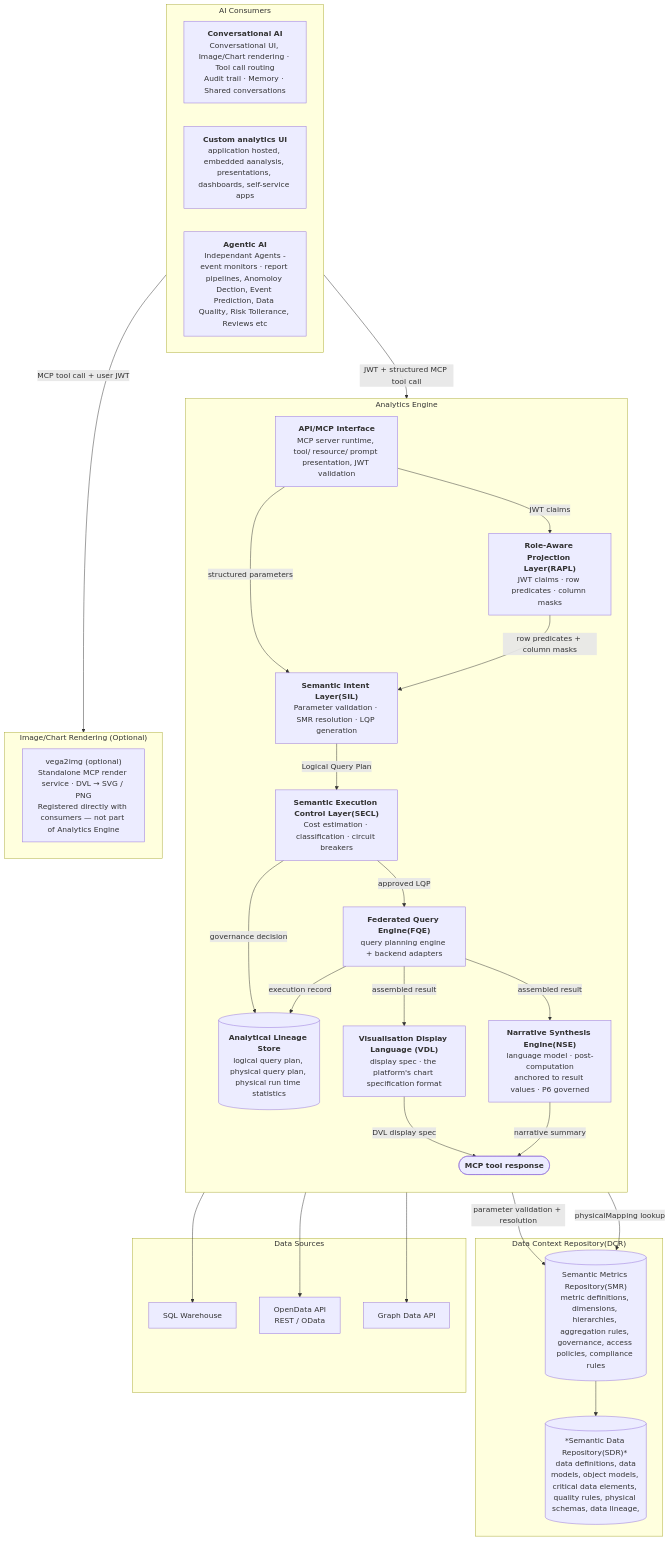
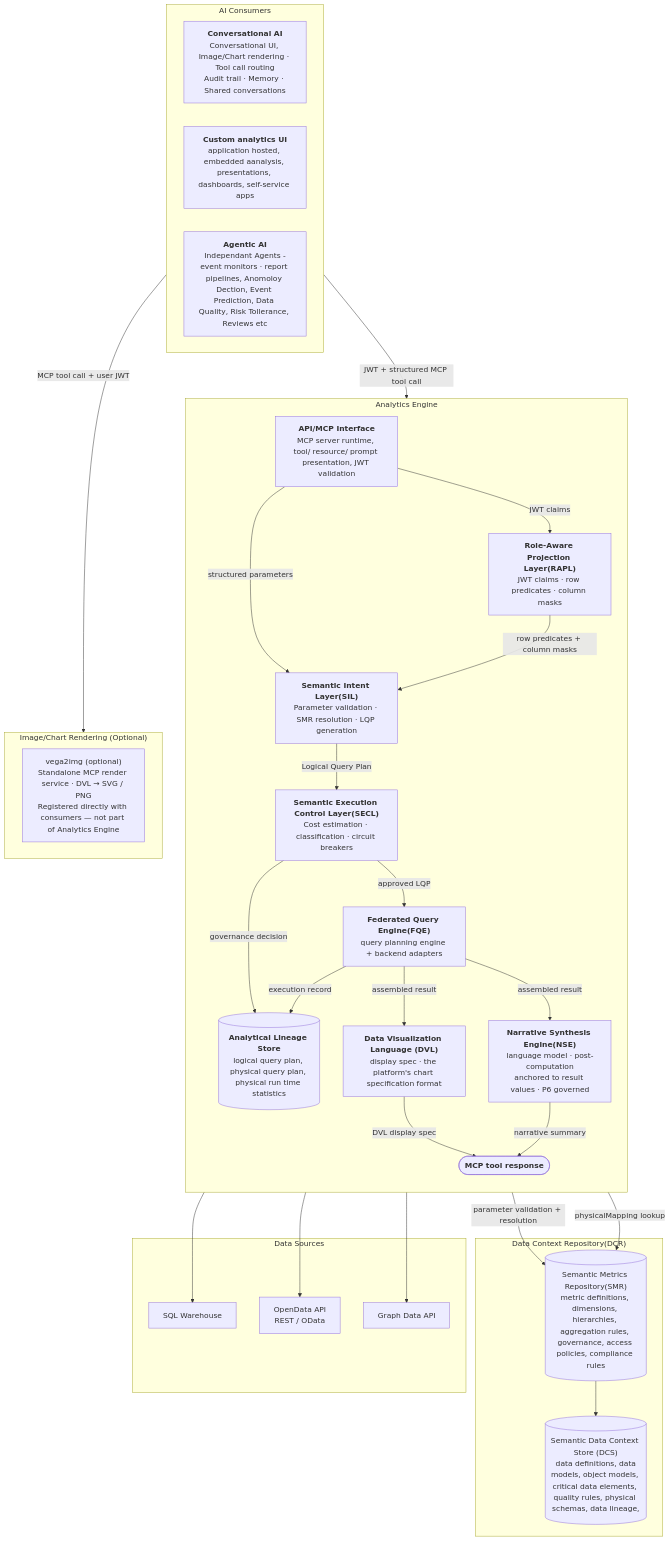
The first of 6 diagrams in docs/product/analytics/02-core-capabilities.md (M-A-Operating-System/shared-work), drawn with Mermaid before and after one commit. The commit also changed other lines of this file and 6 other files, not shown here.

````diff
--- a/docs/product/analytics/02-core-capabilities.md
+++ b/docs/product/analytics/02-core-capabilities.md
@@ -57,55 +57,55 @@
 ```mermaid
 flowchart TD
     subgraph Consumers["AI Consumers"]
         direction LR
         ChatComp["<b>Conversational AI</b>\nConversational UI, Image/Chart rendering · Tool call routing\nAudit trail · Memory · Shared conversations"]
         CustomUI["<b>Custom analytics UI</b>\napplication hosted, embedded aanalysis, presentations, dashboards, self-service apps"]
         Agents["<b>Agentic AI</b>\n Independant Agents - event monitors · report pipelines, Anomoloy Dection, Event Prediction, Data Quality, Risk Tollerance, Reviews etc"]
     end
 
     subgraph analytics["Analytics Engine"]
         direction TB
         MCP["<b>API/MCP Interface</b>\nMCP server runtime, tool/ resource/ prompt presentation, JWT validation"]
         SIL["<b>Semantic Intent Layer(SIL)</b>\nParameter validation · SMR resolution · LQP generation"]
         RAPL["<b>Role-Aware Projection Layer(RAPL)</b>\nJWT claims · row predicates · column masks"]
         SEG["<b>Semantic Execution Control Layer(SECL)</b>\nCost estimation · classification · circuit breakers"]
         FQE["<b>Federated Query Engine(FQE)</b>\nquery planning engine + backend adapters"]
-        VO["<b>Visualisation Display Language (VDL)</b>\ndisplay spec · the platform's chart specification format"]
+        VO["<b>Data Visualization Language (DVL)</b>\ndisplay spec · the platform's chart specification format"]
         NSE["<b>Narrative Synthesis Engine(NSE)</b>\nlanguage model · post-computation\nanchored to result values · P6 governed"]
         LS[("<b>Analytical Lineage Store</b>\nlogical query plan, physical query plan, physical run time statistics")]
         Result(["<b>MCP tool response</b\nwrapped display_spec + data + narrative + provenance artifact(optional) + result_id"])
     end
 
      subgraph Image["Image/Chart Rendering (Optional)"]
             vega2img["vega2img (optional)\nStandalone MCP render service · DVL → SVG / PNG\nRegistered directly with consumers — not part of Analytics Engine"]
     end
 
     subgraph dcr["Data Context Repository(DCR)"]
         SMR[("Semantic Metrics Repository(SMR)\nmetric definitions, dimensions, hierarchies, aggregation rules, governance, access policies, compliance rules ")]
-        DCS[("*Semantic Data Repository(SDR)* \n data definitions, data models, object models, critical data elements, quality rules, physical schemas, data lineage,")]
+        DCS[("Semantic Data Context Store (DCS)\n data definitions, data models, object models, critical data elements, quality rules, physical schemas, data lineage,")]
         SMR --> DCS
     end
 
     subgraph backends["Data Sources"]
         SQL["SQL Warehouse"]
         ODA["OpenData API\nREST / OData"]
         GDA["Graph Data API"]
     end
 
     Consumers -->|"JWT + structured MCP tool call"| MCP
     Consumers -->|"MCP tool call + user JWT"| Image
     MCP -->|"structured parameters"| SIL
     MCP -->|"JWT claims"| RAPL
     RAPL -->|"row predicates + column masks"| SIL
     SIL -->|"parameter validation + resolution"| SMR
     SIL -->|"Logical Query Plan"| SEG
     SEG -->|"approved LQP"| FQE
     SEG -->|"governance decision"| LS
     FQE -->|"physicalMapping lookup"| SMR
     FQE --> SQL & ODA & GDA
     FQE -->|"execution record"| LS
     FQE -->|"assembled result"| VO
     FQE -->|"assembled result"| NSE
     VO -->|"DVL display spec"| Result
     NSE -->|"narrative summary"| Result
 ```
````
